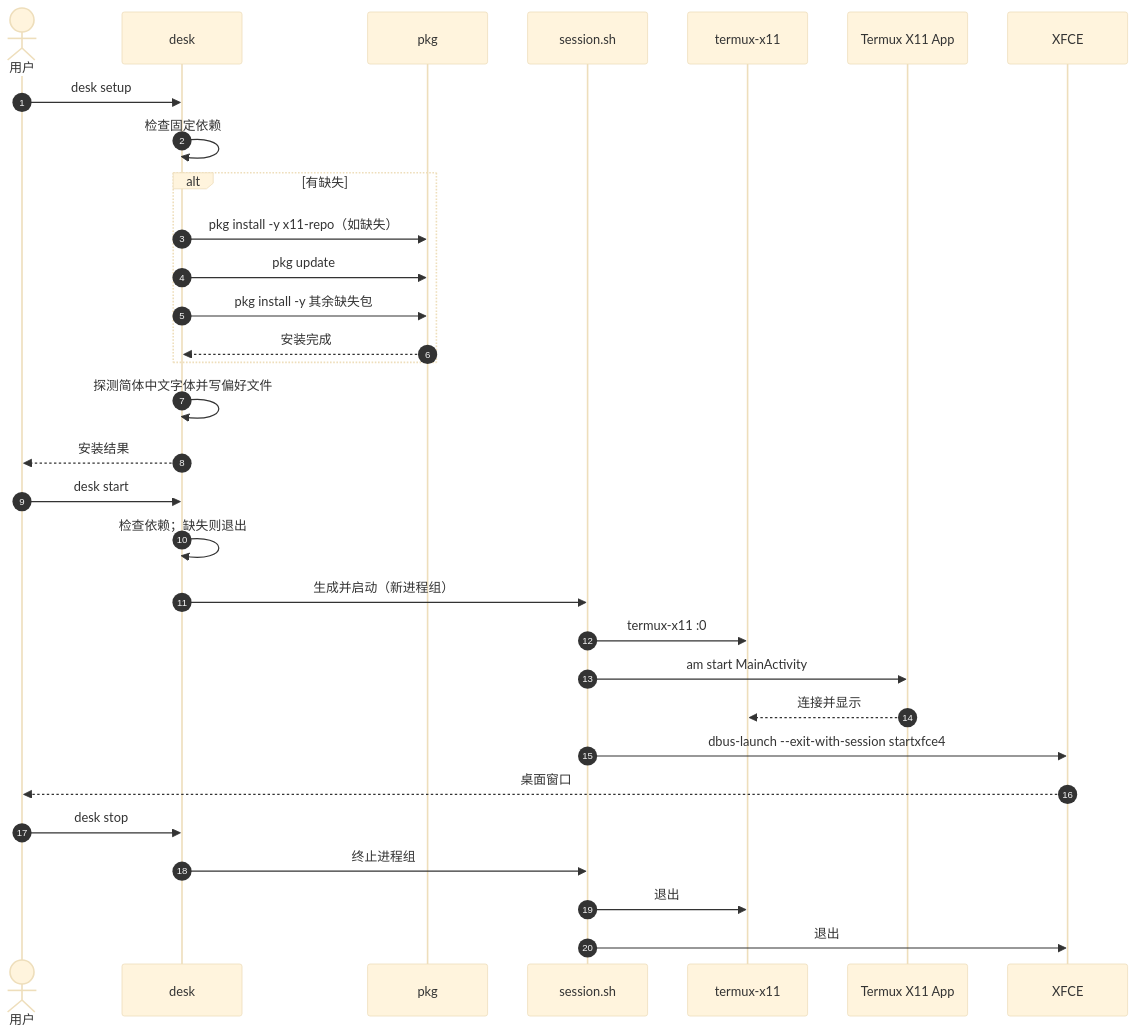
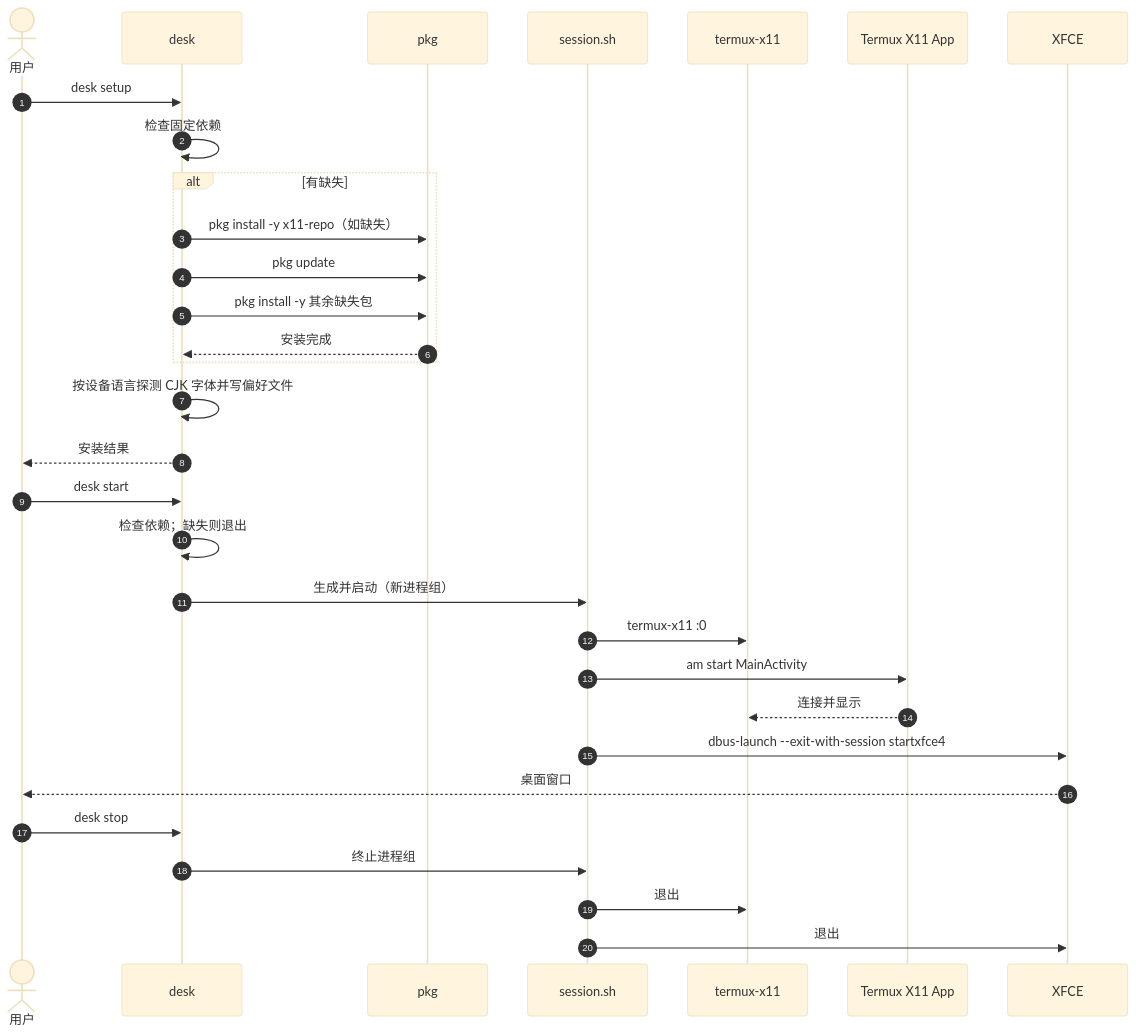
The second of 4 diagrams in docs/architecture.md (jerrychan7/termux-desktop), drawn with Mermaid (base theme) before and after one commit. The commit also changed other lines of this file and 4 other files, not shown here.

````diff
--- a/docs/architecture.md
+++ b/docs/architecture.md
@@ -70,36 +70,36 @@
 ```mermaid
 sequenceDiagram
   autonumber
   actor U as 用户
   participant D as desk
   participant P as pkg
   participant S as session.sh
   participant X as termux-x11
   participant A as Termux X11 App
   participant E as XFCE
 
   U->>D: desk setup
   D->>D: 检查固定依赖
   alt 有缺失
     D->>P: pkg install -y x11-repo（如缺失）
     D->>P: pkg update
     D->>P: pkg install -y 其余缺失包
     P-->>D: 安装完成
   end
-  D->>D: 探测简体中文字体并写偏好文件
+  D->>D: 按设备语言探测 CJK 字体并写偏好文件
   D-->>U: 安装结果
 
   U->>D: desk start
   D->>D: 检查依赖；缺失则退出
   D->>S: 生成并启动（新进程组）
   S->>X: termux-x11 :0
   S->>A: am start MainActivity
   A-->>X: 连接并显示
   S->>E: dbus-launch --exit-with-session startxfce4
   E-->>U: 桌面窗口
 
   U->>D: desk stop
   D->>S: 终止进程组
   S->>X: 退出
   S->>E: 退出
 ```
````
